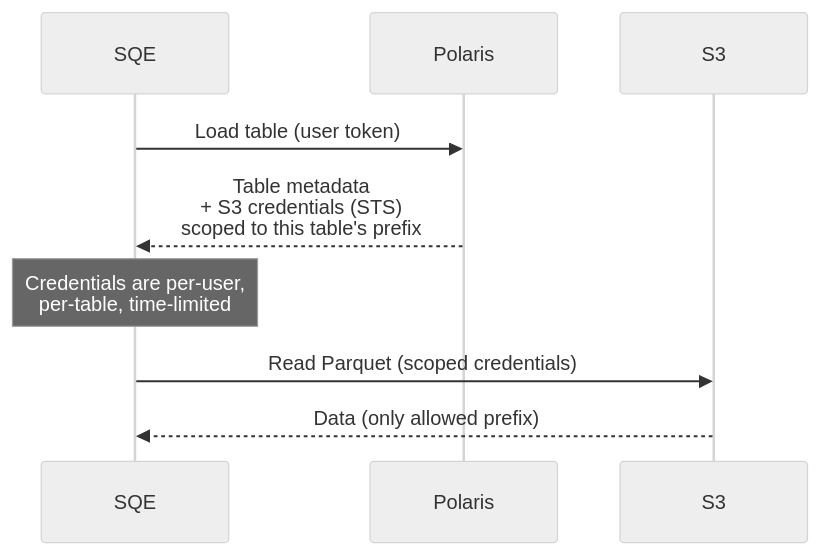
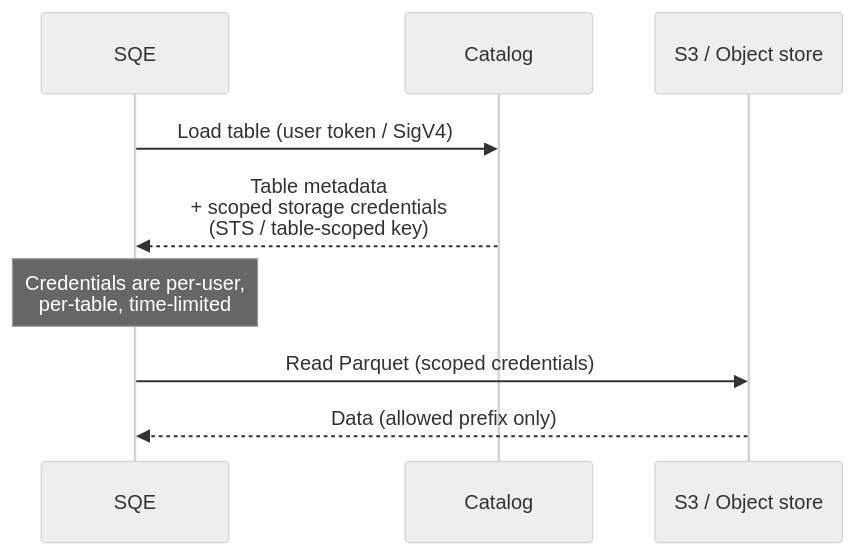
The second of 4 diagrams in docs/book/src/features/iceberg.md (schubergphilis/sqe), drawn with Mermaid (neutral theme) before and after one commit. The commit also changed other lines of this file and 4 other files, not shown here.

````diff
--- a/docs/book/src/features/iceberg.md
+++ b/docs/book/src/features/iceberg.md
@@ -46,12 +76,12 @@
 ```mermaid
 sequenceDiagram
     participant SQE
-    participant Polaris
-    participant S3
+    participant Catalog
+    participant Storage as S3 / Object store
 
-    SQE->>Polaris: Load table (user token)
-    Polaris-->>SQE: Table metadata<br/>+ S3 credentials (STS)<br/>scoped to this table's prefix
+    SQE->>Catalog: Load table (user token / SigV4)
+    Catalog-->>SQE: Table metadata<br/>+ scoped storage credentials<br/>(STS / table-scoped key)
     Note over SQE: Credentials are per-user,<br/>per-table, time-limited
-    SQE->>S3: Read Parquet (scoped credentials)
-    S3-->>SQE: Data (only allowed prefix)
+    SQE->>Storage: Read Parquet (scoped credentials)
+    Storage-->>SQE: Data (allowed prefix only)
 ```
````
